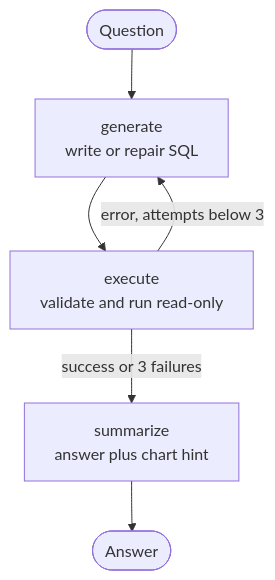
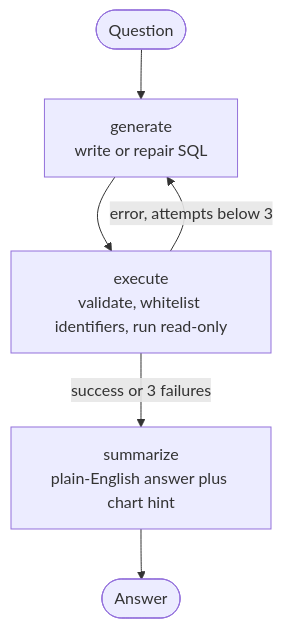
The diagram in README.md (hemarhs/SQL-ANALYST-AI-AGENT), drawn with Mermaid before and after one commit. The commit also changed other lines of this file and 38 other files, not shown here.

````diff
--- a/README.md
+++ b/README.md
@@ -19,8 +29,8 @@
 ```mermaid
 flowchart TD
   A([Question]) --> G["generate<br/>write or repair SQL"]
-  G --> E["execute<br/>validate and run read-only"]
+  G --> E["execute<br/>validate, whitelist identifiers, run read-only"]
   E -->|"error, attempts below 3"| G
-  E -->|"success or 3 failures"| S["summarize<br/>answer plus chart hint"]
+  E -->|"success or 3 failures"| S["summarize<br/>plain-English answer plus chart hint"]
   S --> Z([Answer])
 ```
````
